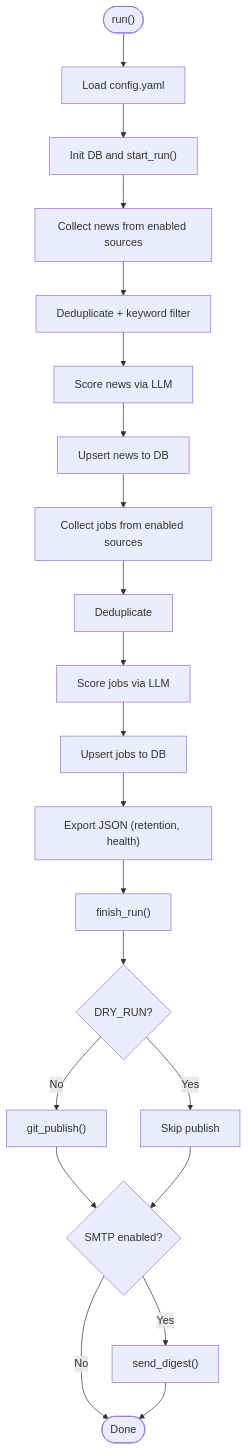
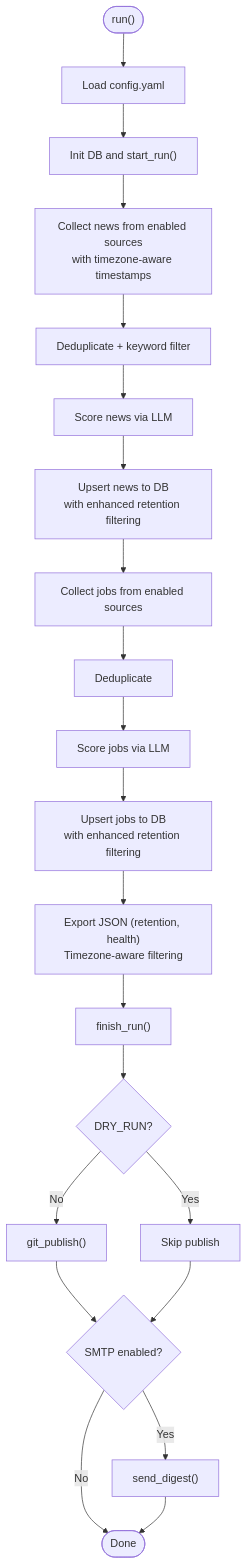
Before and after one commit to shakthi-vinayak/news: the third of 7 diagrams in .qoder/repowiki/en/content/Content Collection System/Content Collection System.md, drawn with Mermaid. The commit also changed other lines of this file and 37 other files, not shown here.

````diff
--- a/.qoder/repowiki/en/content/Content Collection System/Content Collection System.md
+++ b/.qoder/repowiki/en/content/Content Collection System/Content Collection System.md
@@ -128,23 +143,23 @@
 ```mermaid
 flowchart TD
 Start(["run()"]) --> LoadCfg["Load config.yaml"]
 LoadCfg --> InitDB["Init DB and start_run()"]
-InitDB --> CollectNews["Collect news from enabled sources"]
+InitDB --> CollectNews["Collect news from enabled sources<br/>with timezone-aware timestamps"]
 CollectNews --> DedupNews["Deduplicate + keyword filter"]
 DedupNews --> ScoreNews["Score news via LLM"]
-ScoreNews --> PersistNews["Upsert news to DB"]
+ScoreNews --> PersistNews["Upsert news to DB<br/>with enhanced retention filtering"]
 PersistNews --> CollectJobs["Collect jobs from enabled sources"]
 CollectJobs --> DedupJobs["Deduplicate"]
 DedupJobs --> ScoreJobs["Score jobs via LLM"]
-ScoreJobs --> PersistJobs["Upsert jobs to DB"]
-PersistJobs --> Export["Export JSON (retention, health)"]
+ScoreJobs --> PersistJobs["Upsert jobs to DB<br/>with enhanced retention filtering"]
+PersistJobs --> Export["Export JSON (retention, health)<br/>Timezone-aware filtering"]
 Export --> FinishRun["finish_run()"]
 FinishRun --> Publish{"DRY_RUN?"}
 Publish --> |No| GitPublish["git_publish()"]
 Publish --> |Yes| SkipPublish["Skip publish"]
 GitPublish --> SMTP{"SMTP enabled?"}
 SkipPublish --> SMTP
 SMTP --> |Yes| SendDigest["send_digest()"]
 SMTP --> |No| End(["Done"])
 SendDigest --> End
 ```
````
